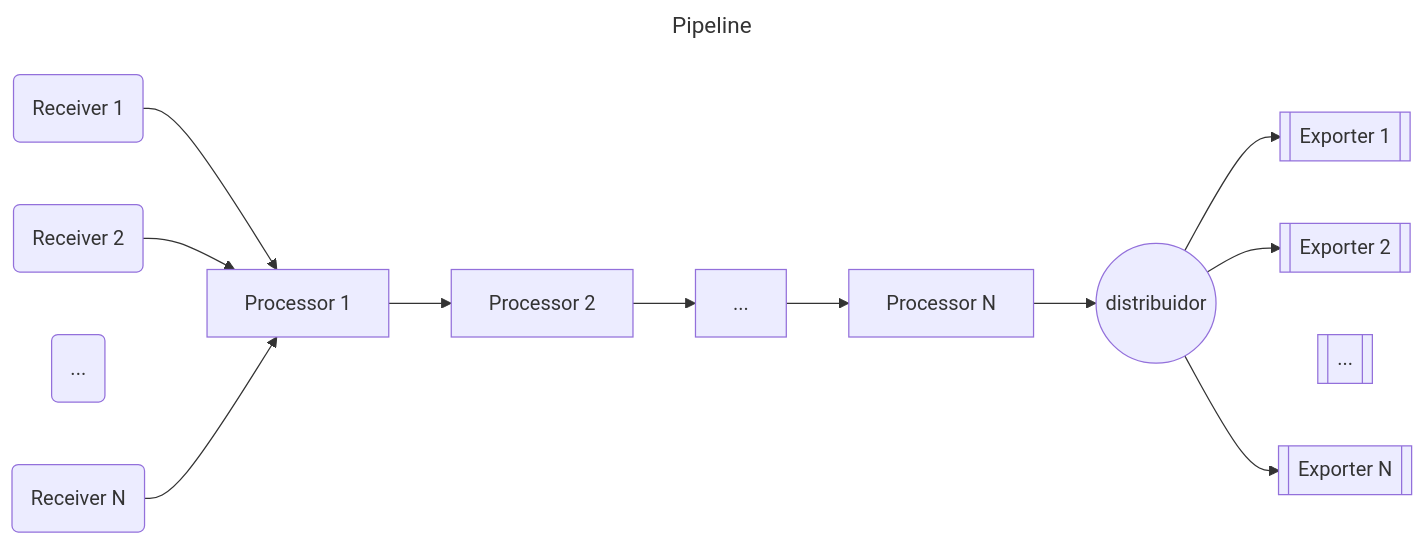
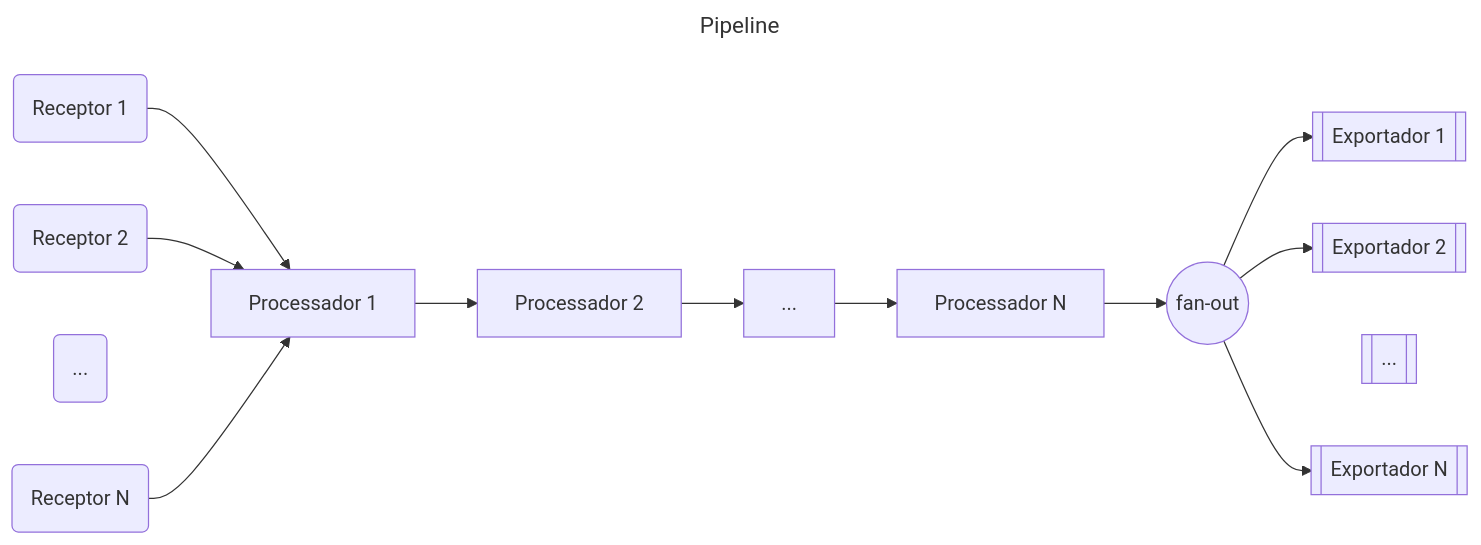
Before and after one commit to open-telemetry/opentelemetry.io: the first of 7 diagrams in content/pt/docs/collector/architecture.md, drawn with Mermaid. The commit also changed other lines of this file, not shown here.

Commit message:
docs(pt): localize Collector architecture

````diff
--- a/content/pt/docs/collector/architecture.md
+++ b/content/pt/docs/collector/architecture.md
@@ -45,18 +46,18 @@
 ```mermaid
 ---
 title: Pipeline
 ---
 flowchart LR
-  R1(Receiver 1) --> P1[Processor 1]
-  R2(Receiver 2) --> P1
+  R1(Receptor 1) --> P1[Processador 1]
+  R2(Receptor 2) --> P1
   RM(...) ~~~ P1
-  RN(Receiver N) --> P1
-  P1 --> P2[Processor 2]
+  RN(Receptor N) --> P1
+  P1 --> P2[Processador 2]
   P2 --> PM[...]
-  PM --> PN[Processor N]
-  PN --> FO((distribuidor))
-  FO --> E1[[Exporter 1]]
-  FO --> E2[[Exporter 2]]
+  PM --> PN[Processador N]
+  PN --> FO((fan-out))
+  FO --> E1[[Exportador 1]]
+  FO --> E2[[Exportador 2]]
   FO ~~~ EM[[...]]
-  FO --> EN[[Exporter N]]
+  FO --> EN[[Exportador N]]
 ```
````
